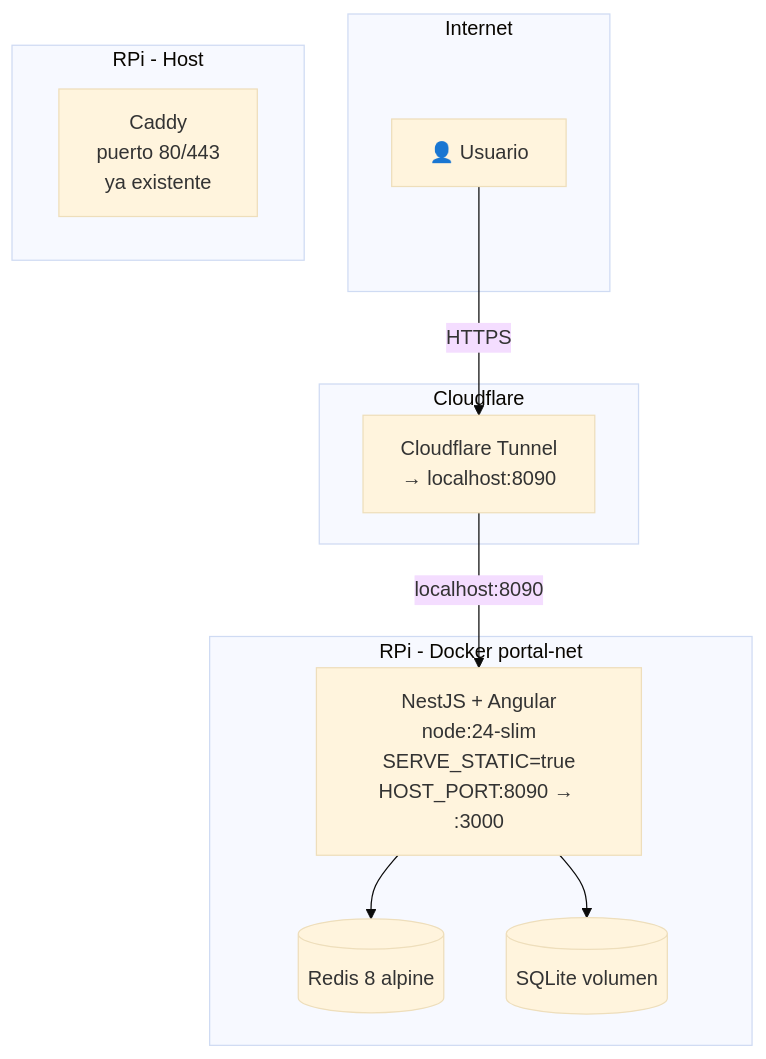
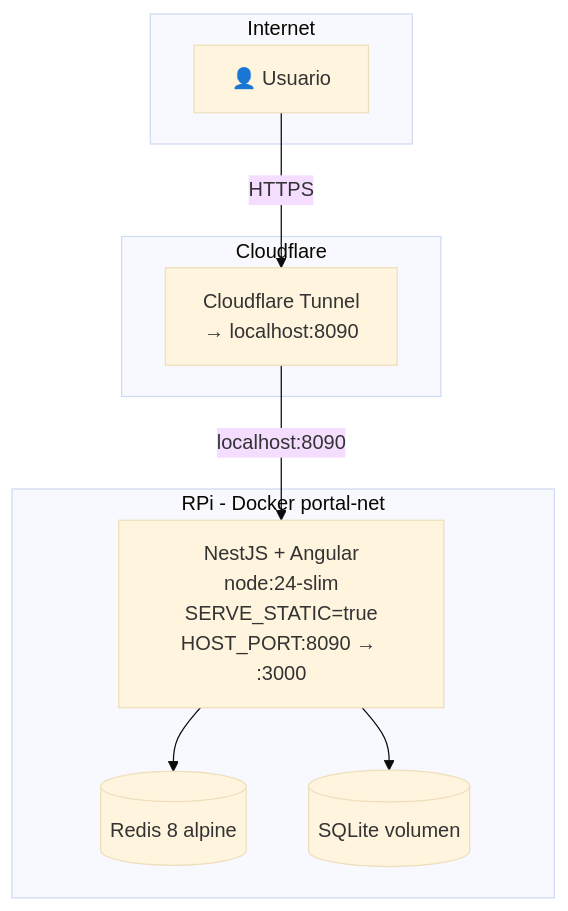
The eighth of 9 diagrams in daily-portal-architecture.md (fjbatresv/daily-portal), drawn with Mermaid (base theme) before and after one commit. The commit also changed other lines of this file and 28 other files, not shown here.

````diff
--- a/daily-portal-architecture.md
+++ b/daily-portal-architecture.md
@@ -426,25 +426,21 @@
 ```mermaid
 graph TB
   subgraph Internet
     USER[👤 Usuario]
   end
 
   subgraph Cloudflare
     CF[Cloudflare Tunnel<br/>→ localhost:8090]
-  end
-
-  subgraph RPi - Host
-    CADDY[Caddy<br/>puerto 80/443<br/>ya existente]
   end
 
   subgraph RPi - Docker portal-net
     NESTJS[NestJS + Angular<br/>node:24-slim<br/>SERVE_STATIC=true<br/>HOST_PORT:8090 → :3000]
     REDIS[(Redis 8 alpine)]
     SQLITE[(SQLite volumen)]
   end
 
   USER -->|HTTPS| CF
   CF -->|localhost:8090| NESTJS
   NESTJS --> REDIS
   NESTJS --> SQLITE
 ```
````
